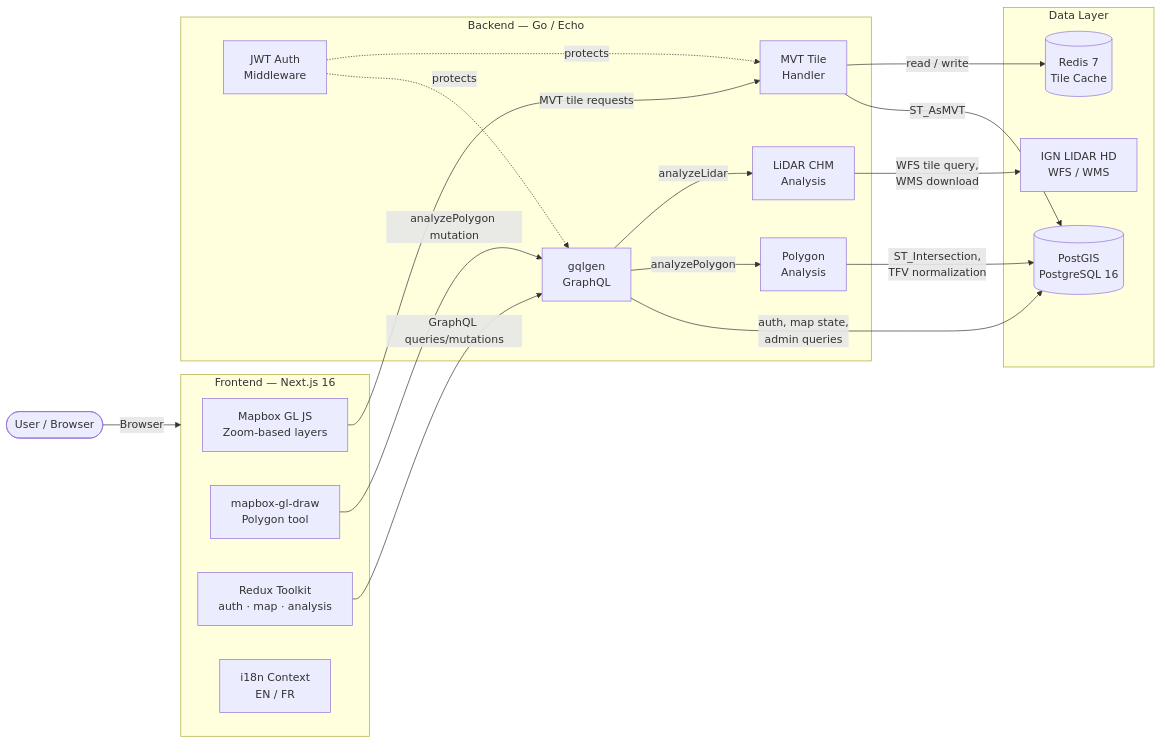
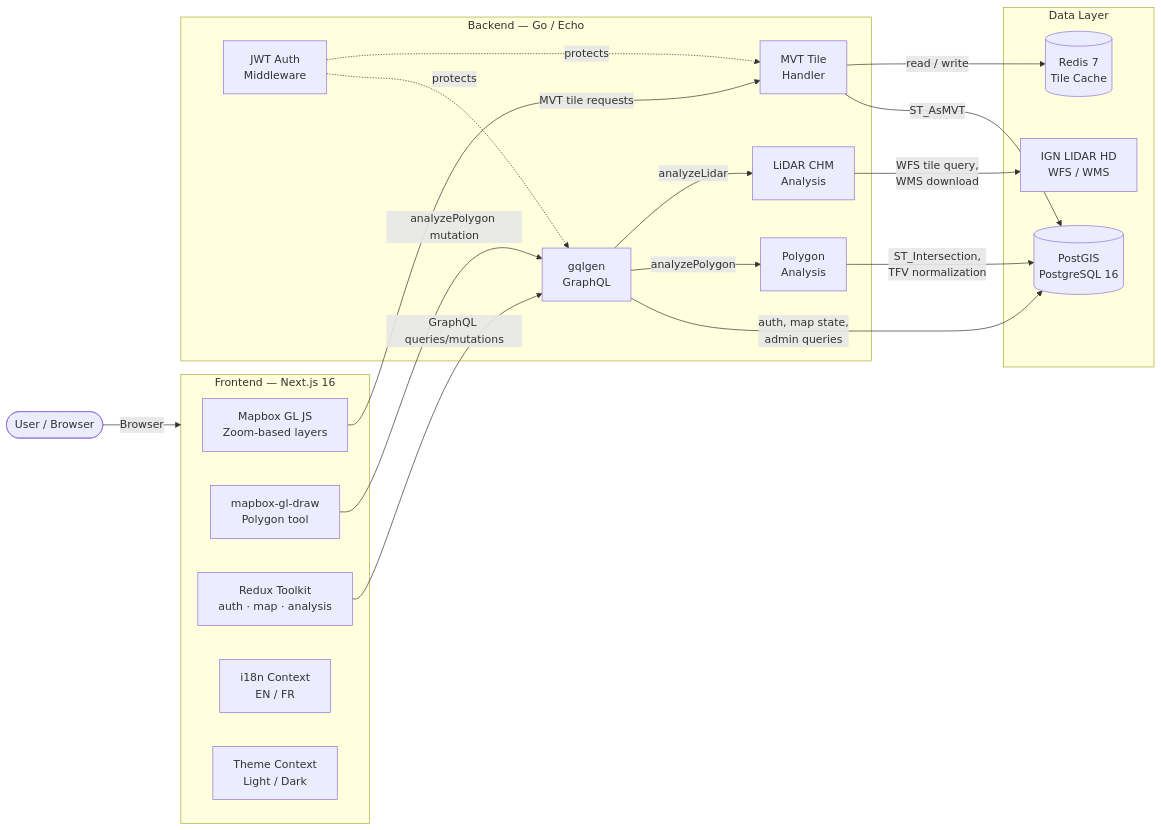
One commit to arihant-dev/forest-bd-viewer changed the diagram in README.md. Above: the diagram before and after it, drawn with Mermaid. The commit also changed other lines of this file, not shown here.

Commit message:
feat: update README to include dark mode theming details and persistence

````diff
--- a/README.md
+++ b/README.md
@@ -40,41 +42,42 @@
 ```mermaid
 graph LR
     User([User / Browser])
 
     subgraph Frontend["Frontend — Next.js 16"]
         Map[Mapbox GL JS<br/>Zoom-based layers]
         Draw[mapbox-gl-draw<br/>Polygon tool]
         Redux[Redux Toolkit<br/>auth · map · analysis]
         I18n[i18n Context<br/>EN / FR]
+        Theme[Theme Context<br/>Light / Dark]
     end
 
     subgraph Backend["Backend — Go / Echo"]
         Auth[JWT Auth<br/>Middleware]
         GQL[gqlgen<br/>GraphQL]
         Tiles[MVT Tile<br/>Handler]
         Analysis[Polygon<br/>Analysis]
         LiDAR[LiDAR CHM<br/>Analysis]
     end
 
     subgraph Data["Data Layer"]
         DB[(PostGIS<br/>PostgreSQL 16)]
         Cache[(Redis 7<br/>Tile Cache)]
         IGN[IGN LIDAR HD<br/>WFS / WMS]
     end
 
     User -->|Browser| Frontend
     Map   -->|MVT tile requests| Tiles
     Draw  -->|analyzePolygon mutation| GQL
     Redux -->|GraphQL queries/mutations| GQL
 
     GQL   -->|auth, map state,<br/>admin queries| DB
     GQL   -->|analyzePolygon| Analysis
     GQL   -->|analyzeLidar| LiDAR
     Analysis -->|ST_Intersection,<br/>TFV normalization| DB
     LiDAR -->|WFS tile query,<br/>WMS download| IGN
     Tiles -->|ST_AsMVT| DB
     Tiles -->|read / write| Cache
 
     Auth -.->|protects| GQL
     Auth -.->|protects| Tiles
 ```
````
